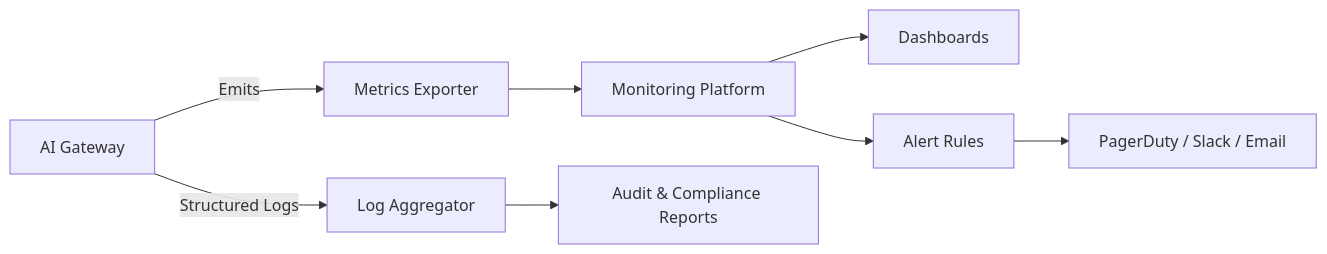
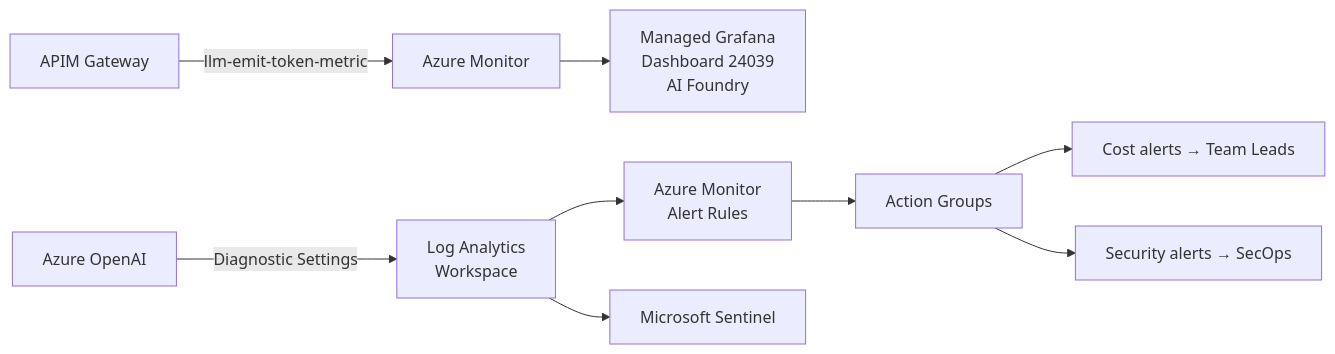
One commit to Odovey-Consulting/odovey-blog changed the first of 2 diagrams in posts/2026-02-08-genai-platform-operations-observability-security-devex.md. Above: the diagram before and after it, drawn with Mermaid. The commit also changed other lines of this file and 3 other files, not shown here.

````diff
--- a/posts/2026-02-08-genai-platform-operations-observability-security-devex.md
+++ b/posts/2026-02-08-genai-platform-operations-observability-security-devex.md
@@ -20,10 +25,11 @@
 ```mermaid
 flowchart LR
-    GW[AI Gateway] -->|Emits| ME[Metrics Exporter]
-    ME --> MON[Monitoring Platform]
-    MON --> DASH[Dashboards]
-    MON --> ALERT[Alert Rules]
-    ALERT --> NOTIFY[PagerDuty / Slack / Email]
-    GW -->|Structured Logs| LOG[Log Aggregator]
-    LOG --> AUDIT[Audit & Compliance Reports]
+    AOAI[Azure OpenAI] -->|Diagnostic Settings| LAW[Log Analytics<br/>Workspace]
+    APIM[APIM Gateway] -->|llm-emit-token-metric| AM[Azure Monitor]
+    AM --> GRAF[Managed Grafana<br/>Dashboard 24039<br/>AI Foundry]
+    LAW --> ALERTS[Azure Monitor<br/>Alert Rules]
+    ALERTS --> AG[Action Groups]
+    AG --> COST[Cost alerts → Team Leads]
+    AG --> SEC[Security alerts → SecOps]
+    LAW --> SENT[Microsoft Sentinel]
 ```
````
